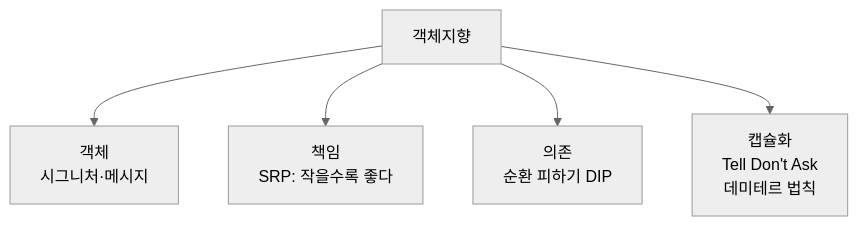
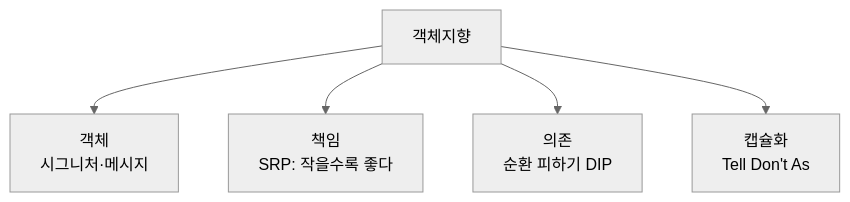
One commit to yjkim2015/yjkim2015.github.io changed the eighth of 8 diagrams in _posts/java/2021-10-09-java-objects1.md. Above: the diagram before and after it, drawn with Mermaid (neutral theme). The commit also changed other lines of this file and 271 other files, not shown here.

First line of the commit message:
Mermaid 라벨 축소: 긴 노드 텍스트 18자 이하로 트림 + \n 제거

````diff
--- a/_posts/java/2021-10-09-java-objects1.md
+++ b/_posts/java/2021-10-09-java-objects1.md
@@ -254,7 +254,7 @@
 ```mermaid
 graph TD
     A["객체지향"] --> B["객체\n시그니처·메시지"]
     A --> C["책임\nSRP: 작을수록 좋다"]
     A --> D["의존\n순환 피하기 DIP"]
-    A --> E["캡슐화\nTell Don't Ask\n데미테르 법칙"]
+    A --> E["캡슐화\nTell Don't As"]
 ```
````
